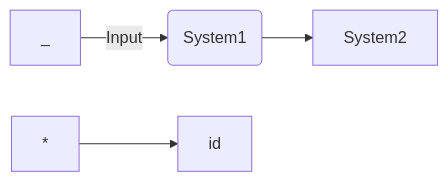
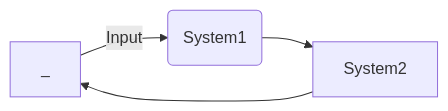
The third of 3 diagrams in signal-processing/kutz/5/README.md (setrar/dsp), drawn with Mermaid before and after one commit.

````diff
--- a/signal-processing/kutz/5/README.md
+++ b/signal-processing/kutz/5/README.md
@@ -54,7 +54,7 @@
 ```mermaid
 flowchart LR
 
 _ -->|Input| C(System1)
 C --> D[System2]
-* --> id
+D --> _
 ```
````
